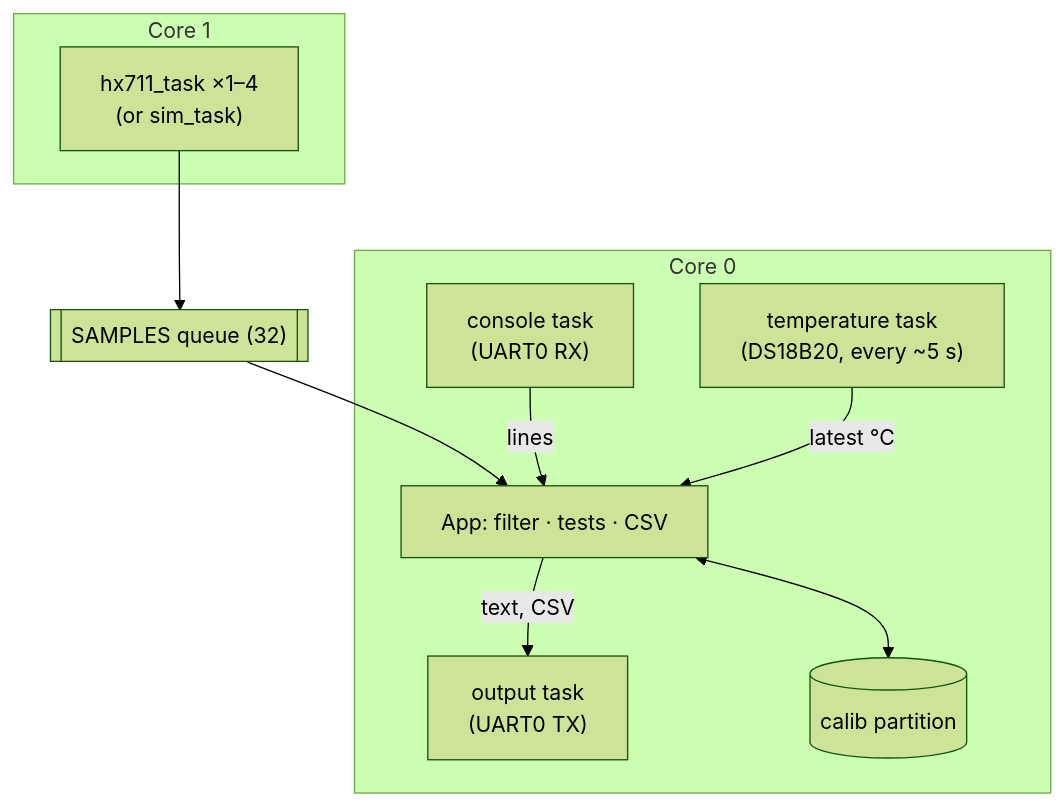
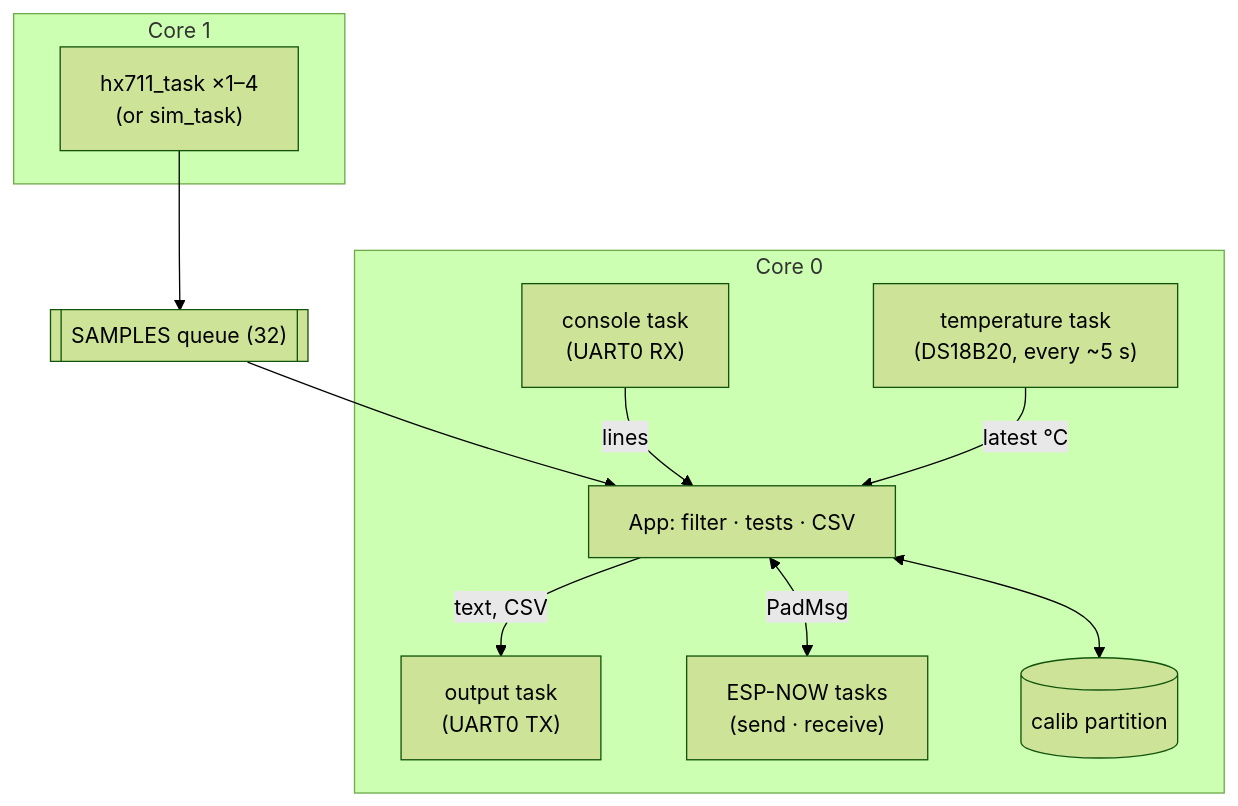
Before and after one commit to jaimebuildsthings/corner-balancer: the third of 4 diagrams in docs/ARCHITECTURE.md, drawn with Mermaid (forest theme). The commit also changed other lines of this file and 1 other file, not shown here.

Commit message:
docs: document the ESP-NOW link and two-pad commands

````diff
--- a/docs/ARCHITECTURE.md
+++ b/docs/ARCHITECTURE.md
@@ -52,19 +52,21 @@
 ```mermaid
 flowchart TB
     subgraph core1["Core 1"]
         hx["hx711_task ×1–4<br/>(or sim_task)"]
     end
     q[["SAMPLES queue (32)"]]
     subgraph core0["Core 0"]
         app["App: filter · tests · CSV"]
         con["console task<br/>(UART0 RX)"]
         temp["temperature task<br/>(DS18B20, every ~5 s)"]
         out["output task<br/>(UART0 TX)"]
+        radio["ESP-NOW tasks<br/>(send · receive)"]
         flash[("calib partition")]
     end
     hx --> q --> app
     con -- "lines" --> app
     temp -- "latest °C" --> app
     app -- "text, CSV" --> out
     app <--> flash
+    app <-- "PadMsg" --> radio
 ```
````
